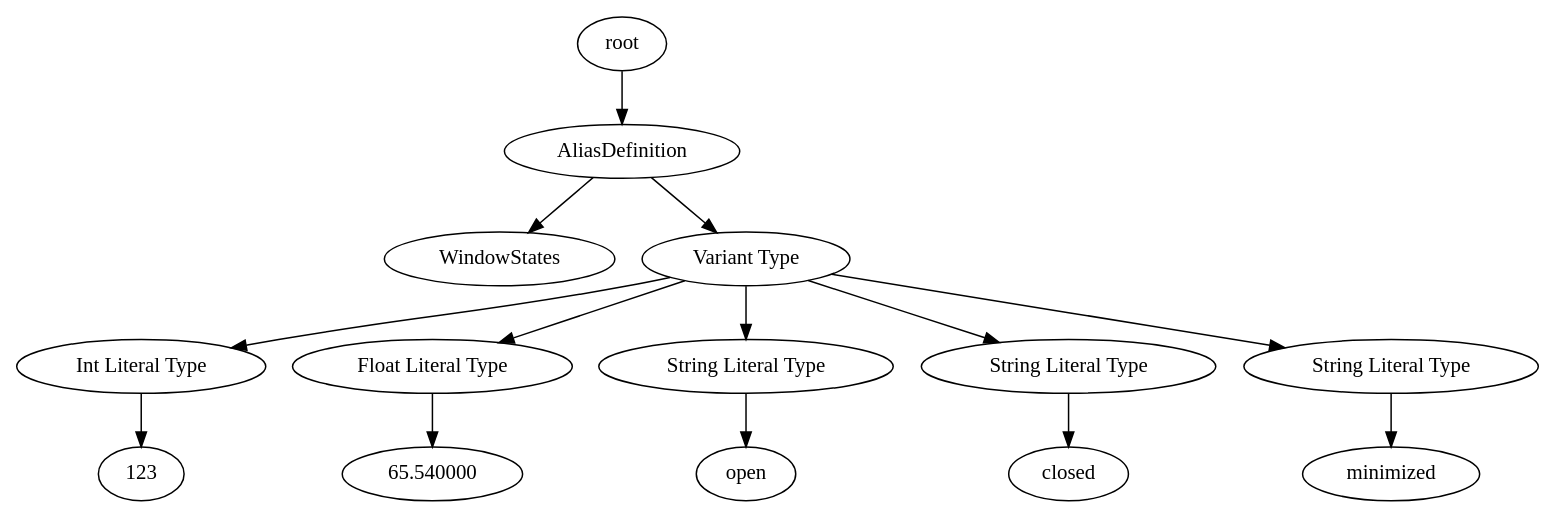
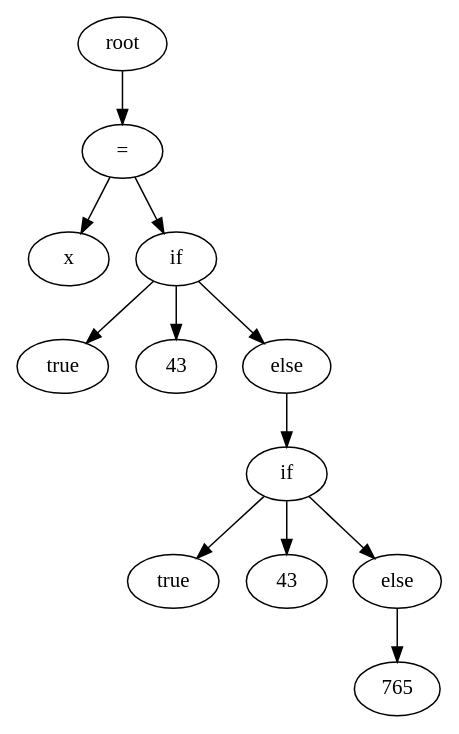
One commit to pranav-ap/wasp-lang changed the diagram in examples/module.dot. Above: the diagram before and after it, drawn with Graphviz. The commit also changed 9 other files, not shown here.

```diff
--- a/examples/module.dot
+++ b/examples/module.dot
@@ -1,29 +1,25 @@
 digraph G { 
 "0"   [label="root"]; 
- "1"   [label="AliasDefinition"]; 
+ "1"   [label="="]; 
  "0" -> "1"; 
- "2"   [label="WindowStates"]; 
+ "2"   [label="x"]; 
  "1" -> "2"; 
- "3"   [label="Variant Type"]; 
+ "3"   [label="if"]; 
  "1" -> "3"; 
- "4"   [label="Int Literal Type"]; 
+ "4"   [label="true"]; 
  "3" -> "4"; 
- "5"   [label="123"]; 
- "4" -> "5"; 
- "6"   [label="Float Literal Type"]; 
+ "5"   [label="43"]; 
+ "3" -> "5"; 
+ "6"   [label="else"]; 
  "3" -> "6"; 
- "7"   [label="65.540000"]; 
+ "7"   [label="if"]; 
  "6" -> "7"; 
- "8"   [label="String Literal Type"]; 
- "3" -> "8"; 
- "9"   [label="open"]; 
- "8" -> "9"; 
- "10"   [label="String Literal Type"]; 
- "3" -> "10"; 
- "11"   [label="closed"]; 
+ "8"   [label="true"]; 
+ "7" -> "8"; 
+ "9"   [label="43"]; 
+ "7" -> "9"; 
+ "10"   [label="else"]; 
+ "7" -> "10"; 
+ "11"   [label="765"]; 
  "10" -> "11"; 
- "12"   [label="String Literal Type"]; 
- "3" -> "12"; 
- "13"   [label="minimized"]; 
- "12" -> "13"; 
  }
```
